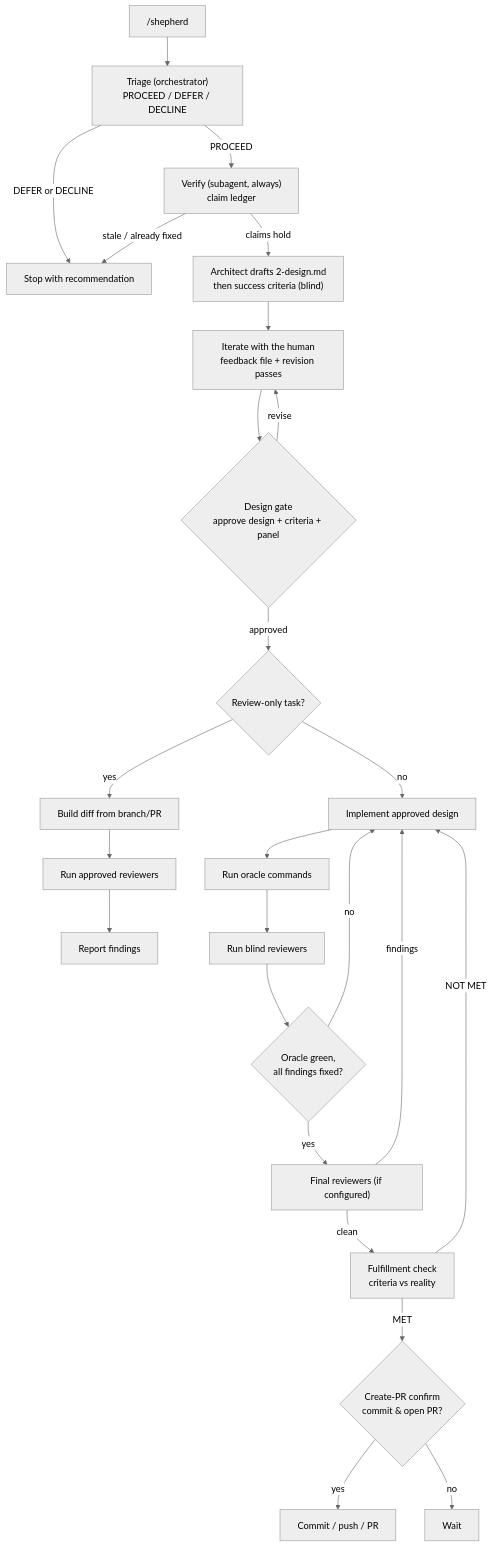
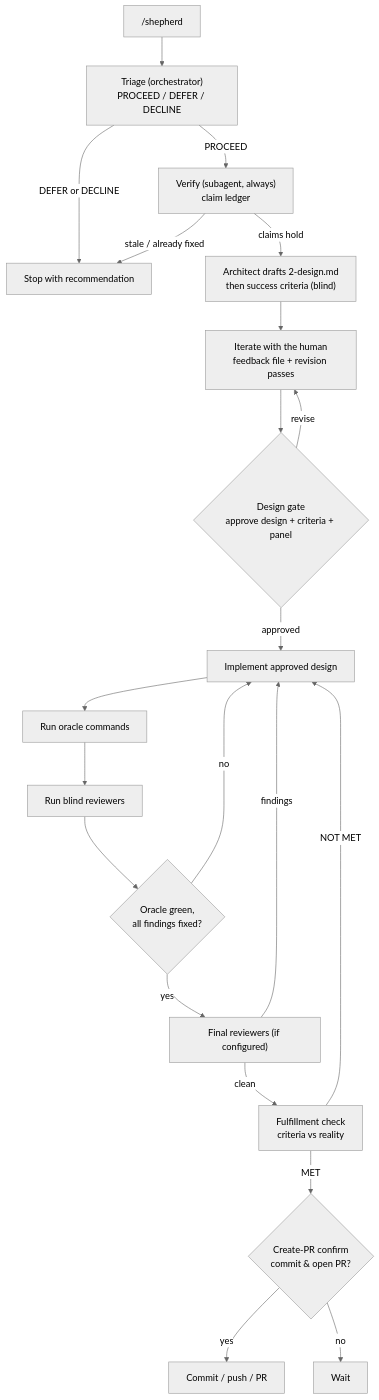
One commit to apify/shepherd changed the diagram in README.md. Above: the diagram before and after it, drawn with Mermaid (neutral theme). The commit also changed other lines of this file and 6 other files, not shown here.

Commit message:
refactor: Remove review-only mode and update related documentation (#24)

````diff
--- a/README.md
+++ b/README.md
@@ -43,27 +43,23 @@
 ```mermaid
 flowchart TD
     Start["/shepherd <task>"] --> Triage["Triage (orchestrator)<br/>PROCEED / DEFER / DECLINE"]
     Triage -->|PROCEED| Verify["Verify (subagent, always)<br/>claim ledger"]
     Triage -->|DEFER or DECLINE| Stop["Stop with recommendation"]
     Verify -->|claims hold| Draft["Architect drafts 2-design.md<br/>then success criteria (blind)"]
     Verify -->|stale / already fixed| Stop
     Draft --> Iterate["Iterate with the human<br/>feedback file + revision passes"]
     Iterate --> Gate{"Design gate<br/>approve design + criteria + panel"}
-    Gate -->|approved| ReviewOnly{"Review-only task?"}
+    Gate -->|approved| Implement["Implement approved design"]
     Gate -->|revise| Iterate
-    ReviewOnly -->|yes| ExistingDiff["Build diff from branch/PR"]
-    ExistingDiff --> ReviewPanel["Run approved reviewers"]
-    ReviewPanel --> Findings["Report findings"]
-    ReviewOnly -->|no| Implement["Implement approved design"]
     Implement --> Oracle["Run oracle commands"]
     Oracle --> Reviewers["Run blind reviewers"]
     Reviewers --> Clean{"Oracle green,<br/>all findings fixed?"}
     Clean -->|no| Implement
     Clean -->|yes| FinalReview["Final reviewers (if configured)"]
     FinalReview -->|findings| Implement
     FinalReview -->|clean| Fulfillment["Fulfillment check<br/>criteria vs reality"]
     Fulfillment -->|NOT MET| Implement
     Fulfillment -->|MET| CreatePrConfirm{"Create-PR confirm<br/>commit & open PR?"}
     CreatePrConfirm -->|yes| Finish["Commit / push / PR"]
     CreatePrConfirm -->|no| Hold["Wait"]
 ```
````
